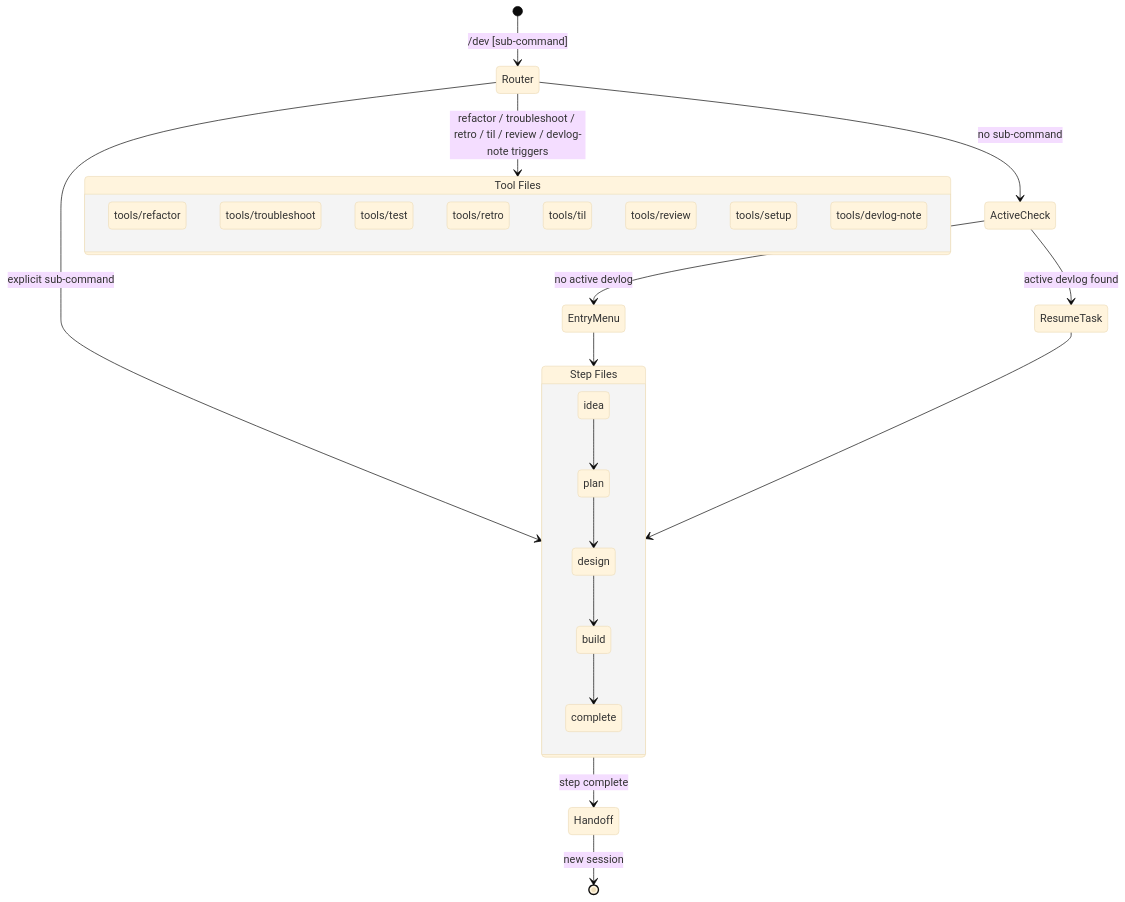
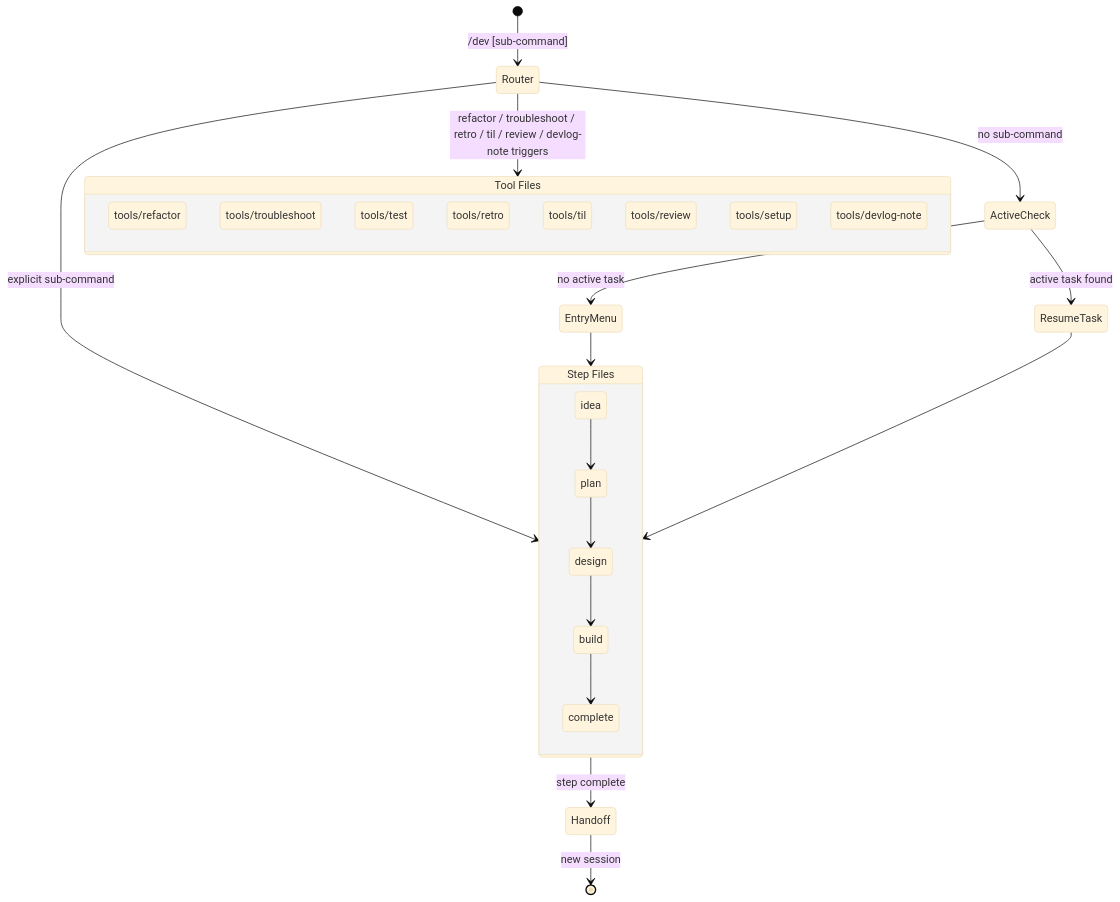
Before and after one commit to gloriaJun/grimoire: the diagram in skills/dev/SKILL.md, drawn with Mermaid (base theme). The commit also changed other lines of this file and 12 other files, not shown here.

````diff
--- a/skills/dev/SKILL.md
+++ b/skills/dev/SKILL.md
@@ -63,35 +63,35 @@
 ```mermaid
 stateDiagram-v2
     [*] --> Router: /dev [sub-command]
 
     Router --> ActiveCheck: no sub-command
     Router --> DirectTool: refactor / troubleshoot / retro / til / review / devlog-note triggers
     Router --> StepFile: explicit sub-command
 
-    ActiveCheck --> ResumeTask: active devlog found
-    ActiveCheck --> EntryMenu: no active devlog
+    ActiveCheck --> ResumeTask: active task found
+    ActiveCheck --> EntryMenu: no active task
     EntryMenu --> StepFile
 
     ResumeTask --> StepFile
 
     state "Step Files" as StepFile {
         idea --> plan
         plan --> design
         design --> build
         build --> complete
     }
 
     state "Tool Files" as DirectTool {
         refactor_tool: tools/refactor
         troubleshoot_tool: tools/troubleshoot
         test_tool: tools/test
         retro_tool: tools/retro
         til_tool: tools/til
         review_tool: tools/review
         setup_tool: tools/setup
         devlog_note_tool: tools/devlog-note
     }
 
     StepFile --> Handoff: step complete
     Handoff --> [*]: new session
 ```
````
